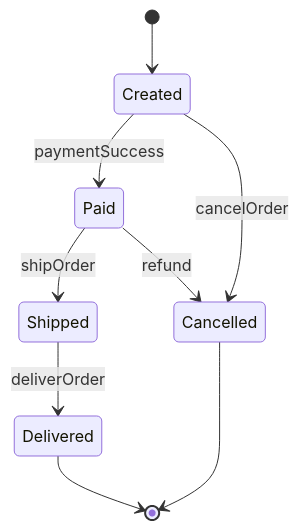
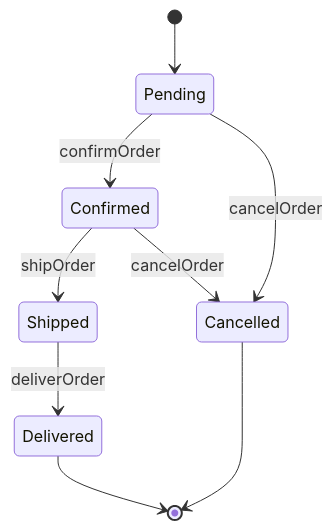
One commit to namaewafaisal/Obsidian_Vault changed the first of 6 diagrams in 03-Academics/OOSE/New Draft/5.8 — State Chart Diagram.md. Above: the diagram before and after it, drawn with Mermaid. The commit also changed other lines of this file and 4 other files, not shown here.

````diff
--- a/03-Academics/OOSE/New Draft/5.8 — State Chart Diagram.md
+++ b/03-Academics/OOSE/New Draft/5.8 — State Chart Diagram.md
@@ -32,14 +91,15 @@
 ```mermaid
 stateDiagram-v2
-    [*] --> Created
 
-    Created --> Paid : paymentSuccess
-    Paid --> Shipped : shipOrder
-    Shipped --> Delivered : deliverOrder
+[*] --> Pending
 
-    Created --> Cancelled : cancelOrder
-    Paid --> Cancelled : refund
+Pending --> Confirmed : confirmOrder
+Confirmed --> Shipped : shipOrder
+Shipped --> Delivered : deliverOrder
 
-    Delivered --> [*]
-    Cancelled --> [*]
+Pending --> Cancelled : cancelOrder
+Confirmed --> Cancelled : cancelOrder
+
+Delivered --> [*]
+Cancelled --> [*]
 ```
````
